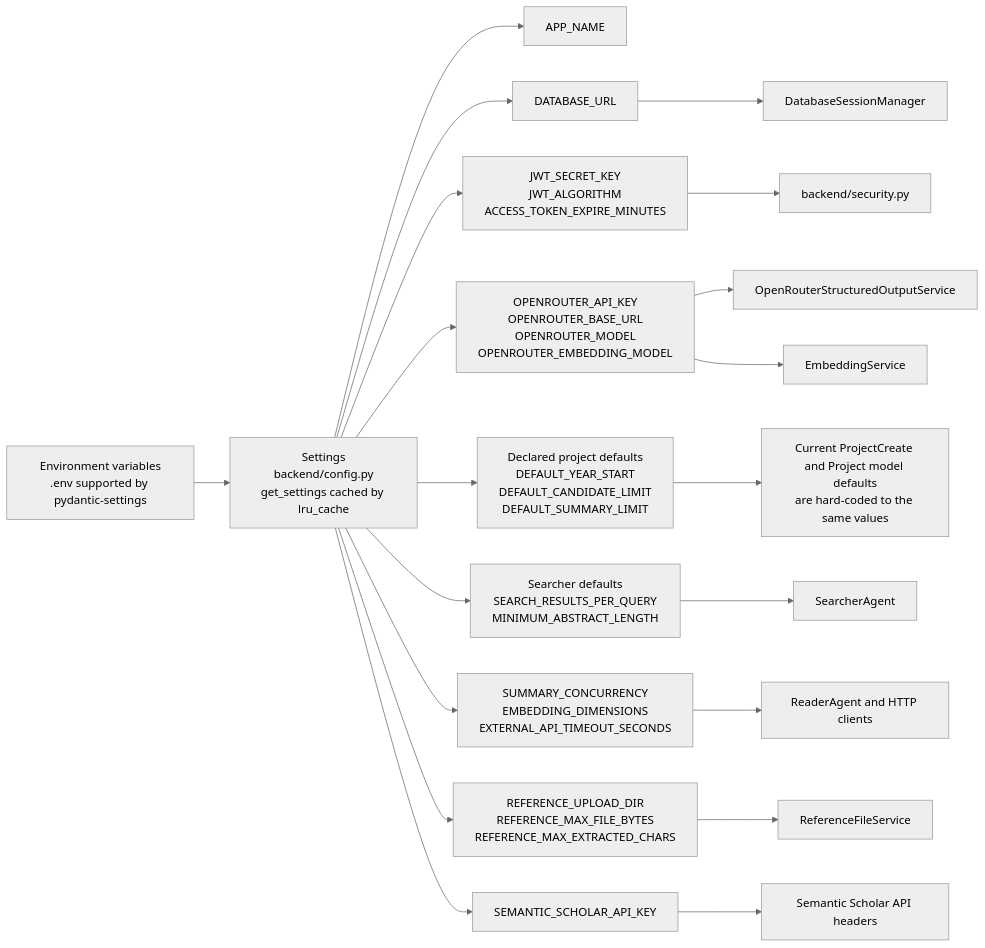
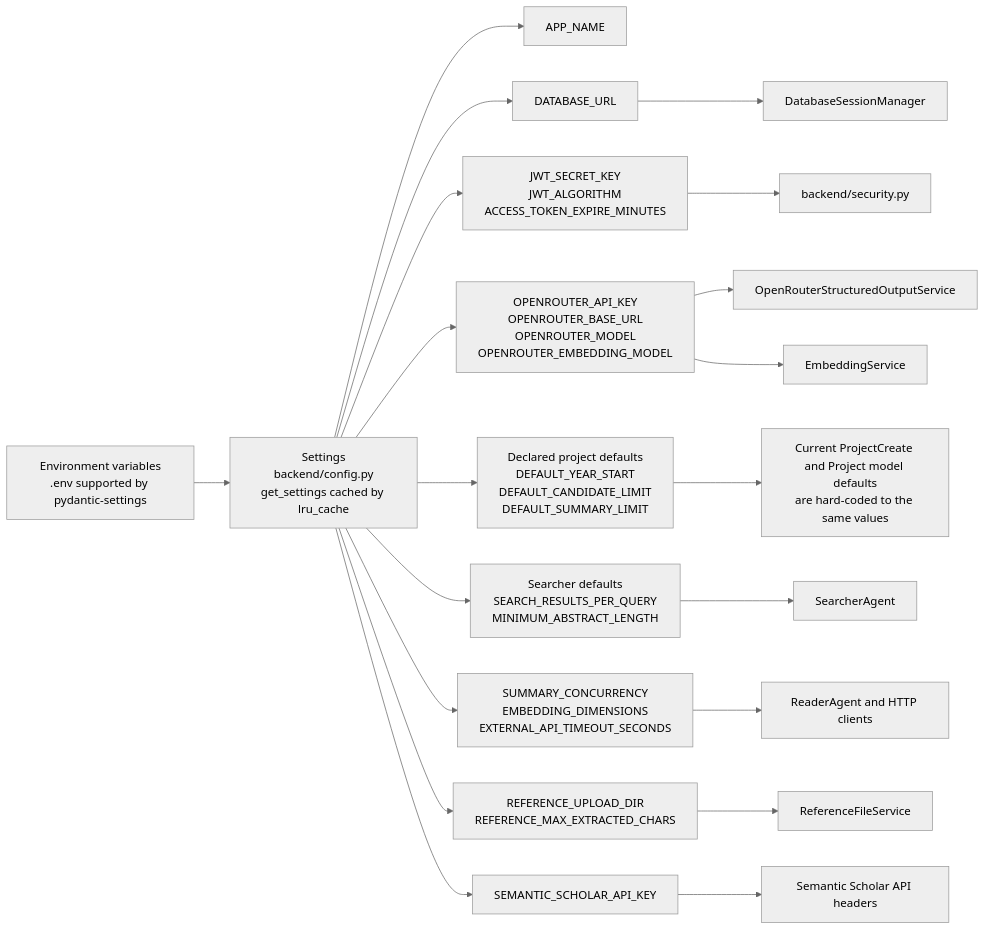
Diagram 12 of 13 in docs/backend-diagram.md (hungnt0406/confluex-AI-powered-research-workspace), drawn with Mermaid (neutral theme) before and after one commit. The commit also changed other lines of this file, not shown here.

Commit message:
test: Updated documentation and logs for the new extraction path and removed upload byte-limit references.

````diff
--- a/docs/backend-diagram.md
+++ b/docs/backend-diagram.md
@@ -567,24 +569,24 @@
 ```mermaid
 flowchart LR
     Env["Environment variables<br/>.env supported by pydantic-settings"] --> Settings["Settings<br/>backend/config.py<br/>get_settings cached by lru_cache"]
 
     Settings --> AppName["APP_NAME"]
     Settings --> DatabaseUrl["DATABASE_URL"]
     Settings --> Jwt["JWT_SECRET_KEY<br/>JWT_ALGORITHM<br/>ACCESS_TOKEN_EXPIRE_MINUTES"]
     Settings --> OpenRouter["OPENROUTER_API_KEY<br/>OPENROUTER_BASE_URL<br/>OPENROUTER_MODEL<br/>OPENROUTER_EMBEDDING_MODEL"]
     Settings --> DeclaredProjectDefaults["Declared project defaults<br/>DEFAULT_YEAR_START<br/>DEFAULT_CANDIDATE_LIMIT<br/>DEFAULT_SUMMARY_LIMIT"]
     Settings --> SearchTuning["Searcher defaults<br/>SEARCH_RESULTS_PER_QUERY<br/>MINIMUM_ABSTRACT_LENGTH"]
     Settings --> RuntimeTuning["SUMMARY_CONCURRENCY<br/>EMBEDDING_DIMENSIONS<br/>EXTERNAL_API_TIMEOUT_SECONDS"]
-    Settings --> UploadTuning["REFERENCE_UPLOAD_DIR<br/>REFERENCE_MAX_FILE_BYTES<br/>REFERENCE_MAX_EXTRACTED_CHARS"]
+    Settings --> UploadTuning["REFERENCE_UPLOAD_DIR<br/>REFERENCE_MAX_EXTRACTED_CHARS"]
     Settings --> SemanticScholarKey["SEMANTIC_SCHOLAR_API_KEY"]
 
     DatabaseUrl --> SessionManager["DatabaseSessionManager"]
     Jwt --> Security["backend/security.py"]
     OpenRouter --> LLM["OpenRouterStructuredOutputService"]
     OpenRouter --> Embeddings["EmbeddingService"]
     DeclaredProjectDefaults --> ProjectDefaultsNote["Current ProjectCreate and Project model defaults<br/>are hard-coded to the same values"]
     SearchTuning --> Searcher["SearcherAgent"]
     RuntimeTuning --> Reader["ReaderAgent and HTTP clients"]
     UploadTuning --> ReferenceFileService["ReferenceFileService"]
     SemanticScholarKey --> SemanticScholar["Semantic Scholar API headers"]
 ```
````
